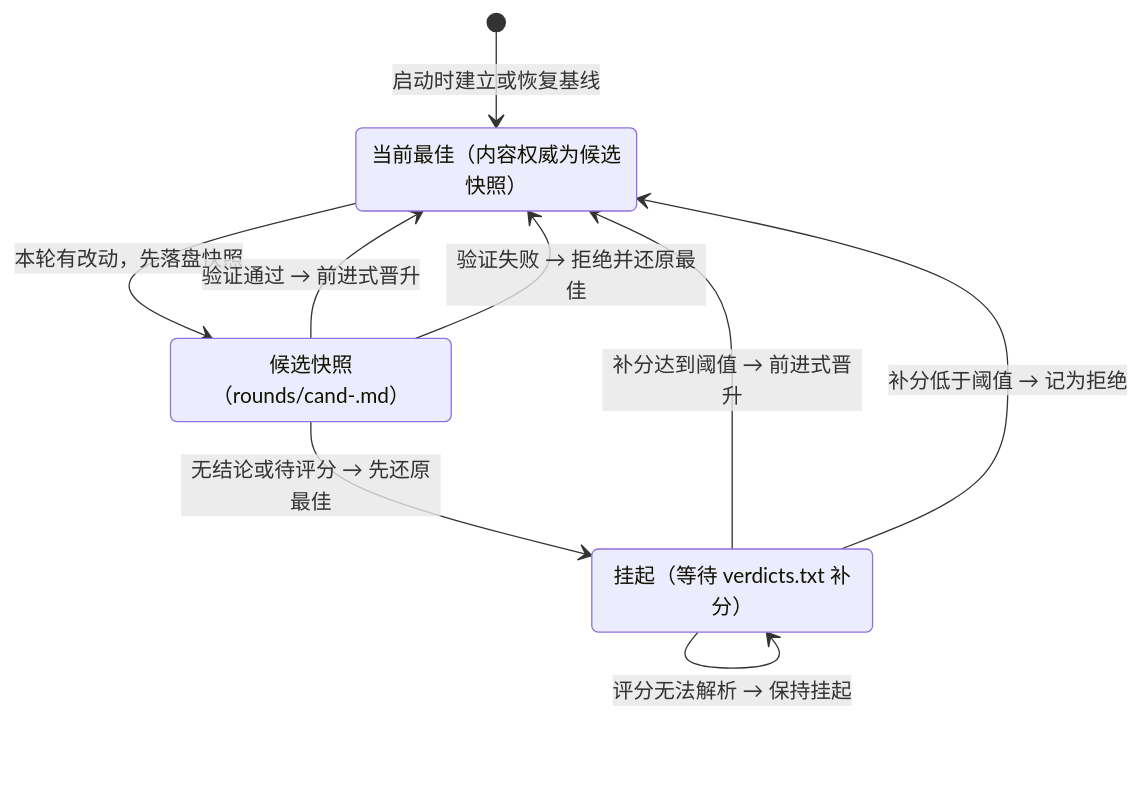
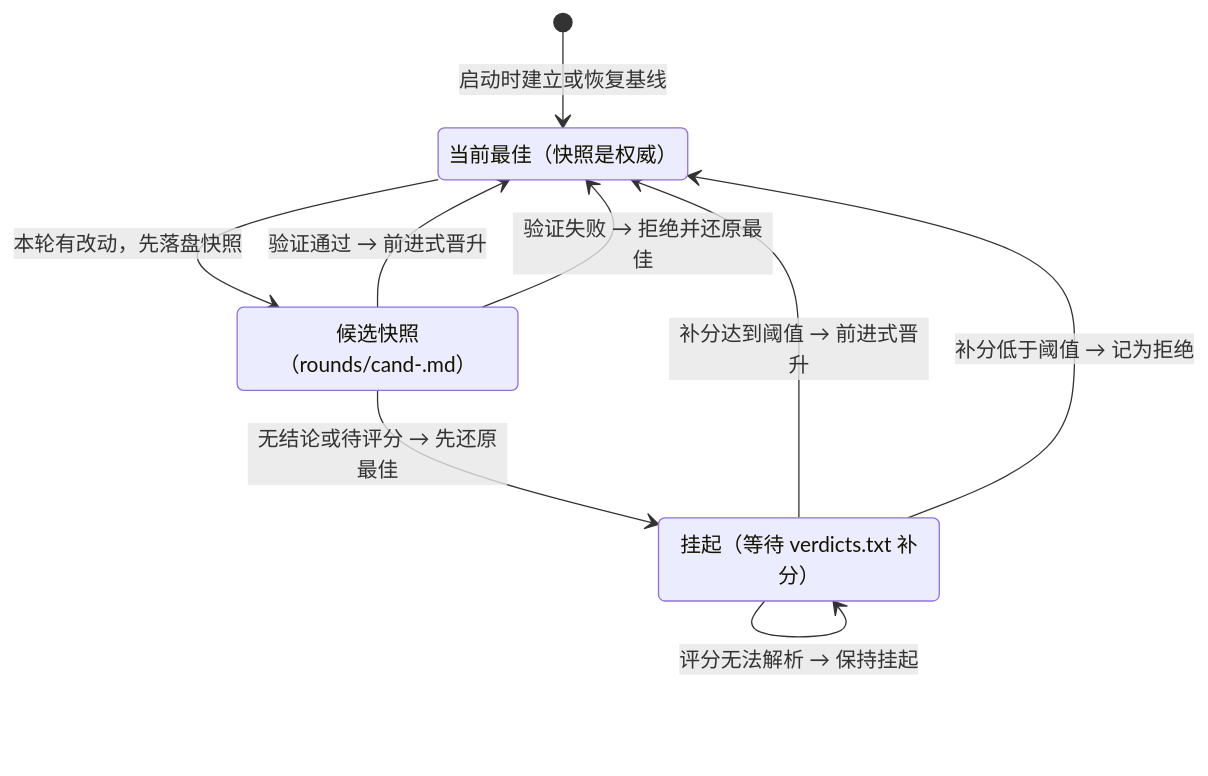
One commit to 183600/xuen changed the diagram in README.md. Above: the diagram before and after it, drawn with Mermaid. The commit also changed other lines of this file and 70 other files, not shown here.

````diff
--- a/README.md
+++ b/README.md
@@ -243,16 +170,16 @@
 ```mermaid
 stateDiagram-v2
     direction TB
-    Best: 当前最佳（内容权威为候选快照）
+    Best: 当前最佳（快照是权威）
     Cand: 候选快照（rounds/cand-<id>.md）
     Pend: 挂起（等待 verdicts.txt 补分）
 
     [*] --> Best: 启动时建立或恢复基线
     Best --> Cand: 本轮有改动，先落盘快照
     Cand --> Best: 验证通过 → 前进式晋升
     Cand --> Best: 验证失败 → 拒绝并还原最佳
     Cand --> Pend: 无结论或待评分 → 先还原最佳
     Pend --> Best: 补分达到阈值 → 前进式晋升
     Pend --> Best: 补分低于阈值 → 记为拒绝
     Pend --> Pend: 评分无法解析 → 保持挂起
 ```
````
